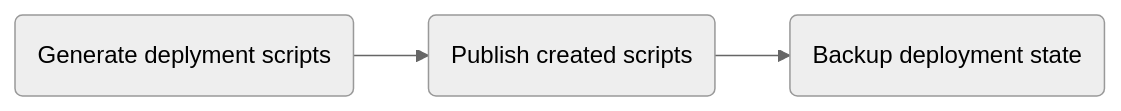
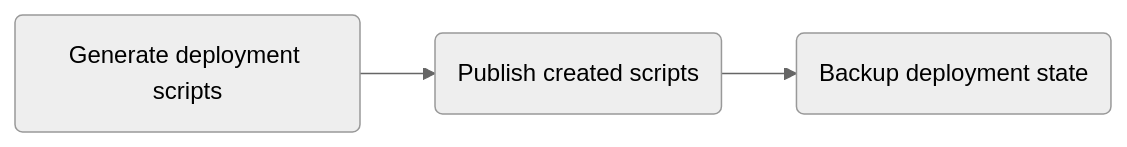
The fourth of 4 diagrams in docs/WORKFLOW.md (microsoft/symphony), drawn with Mermaid (neutral theme) before and after one commit. The commit also changed other lines of this file and 1 other file, not shown here.

````diff
--- a/docs/WORKFLOW.md
+++ b/docs/WORKFLOW.md
@@ -76,4 +66,4 @@
 ```mermaid
 flowchart LR
-  A(Generate deplyment scripts) --> B(Publish created scripts) --> E(Backup deployment state)
+  A(Generate deployment scripts) --> B(Publish created scripts) --> E(Backup deployment state)
 ```
````
